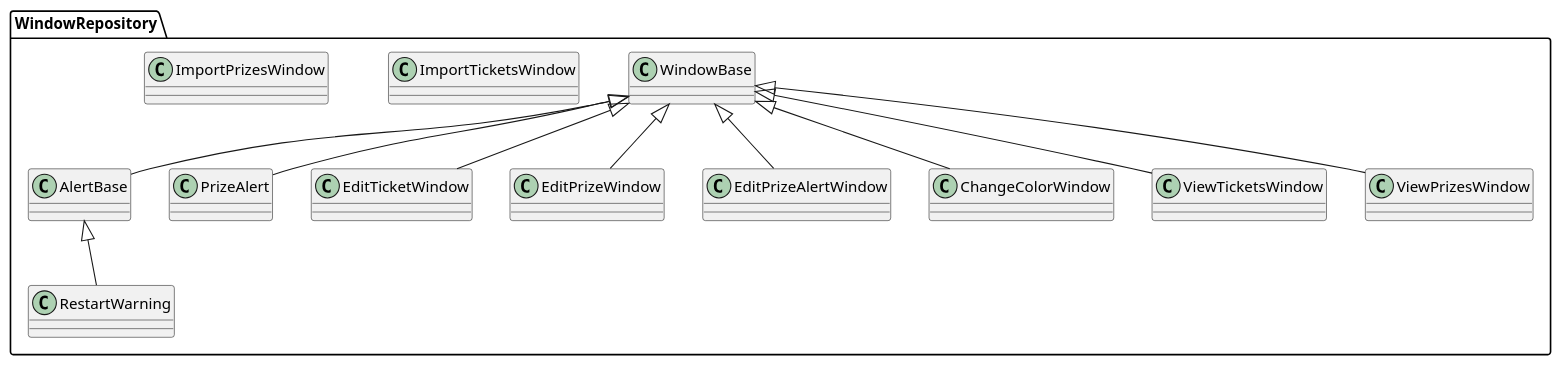
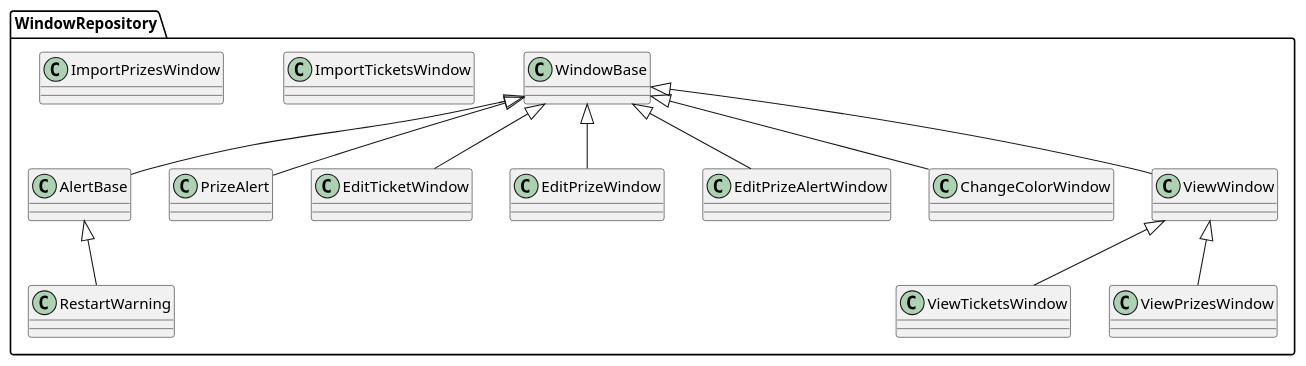
One commit to KaravolisL/AHEPA-Raffle changed the diagram in docs/Windows_HLD.md. Above: the diagram before and after it, drawn with PlantUML. The commit also changed 7 other files, not shown here.

Commit message:
Finished ViewPrizeWindow Implementation

````diff
--- a/docs/Windows_HLD.md
+++ b/docs/Windows_HLD.md
@@ -3,30 +3,32 @@
 ```plantuml
 
 package WindowRepository {
 
 class WindowBase
 class AlertBase
 class PrizeAlert
 class RestartWarning
 class ImportTicketsWindow
 class ImportPrizesWindow
 class EditTicketWindow
 class EditPrizeWindow
 class EditPrizeAlertWindow
 class ChangeColorWindow
+class ViewWindow
 class ViewTicketsWindow
 class ViewPrizesWindow
 
 WindowBase <|-- AlertBase
 WindowBase <|-- PrizeAlert
 WindowBase <|-- EditTicketWindow
 WindowBase <|-- EditPrizeWindow
 WindowBase <|-- EditPrizeAlertWindow
 WindowBase <|-- ChangeColorWindow
-WindowBase <|-- ViewTicketsWindow
-WindowBase <|-- ViewPrizesWindow
+WindowBase <|-- ViewWindow
+ViewWindow <|-- ViewTicketsWindow
+ViewWindow <|-- ViewPrizesWindow
 AlertBase <|-- RestartWarning
 
 }
 
 ```
````
